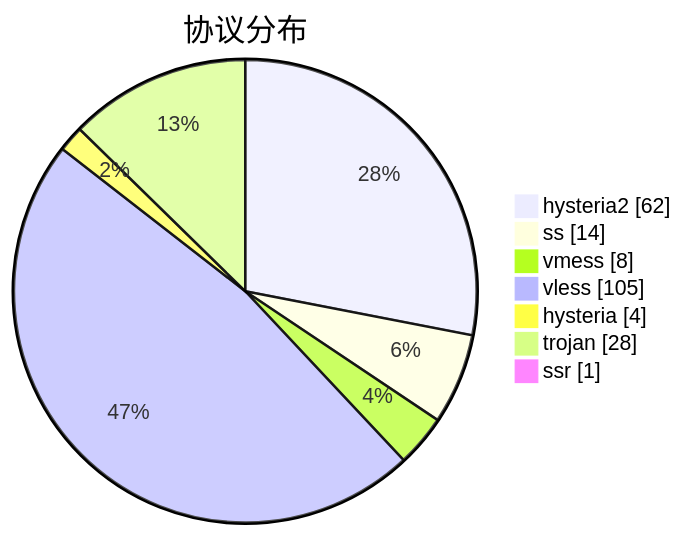
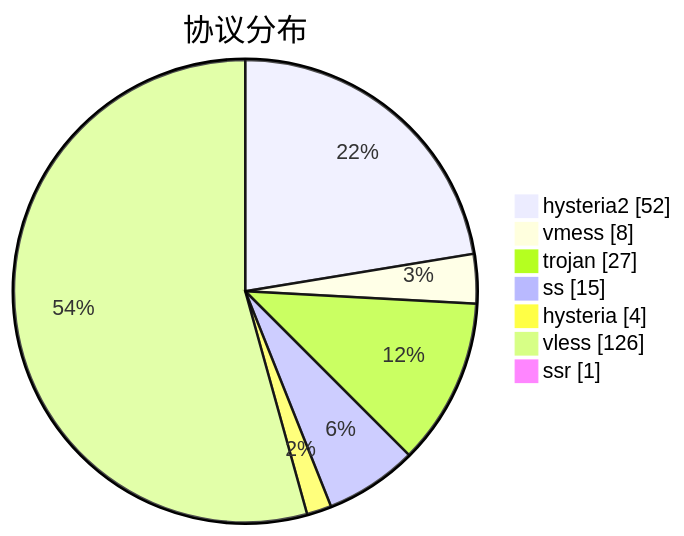
Before and after one commit to sinspired/airport: the third of 3 diagrams in subs/statistics/tested_within.md, drawn with Mermaid. The commit also changed other lines of this file and 2 other files, not shown here.

````diff
--- a/subs/statistics/tested_within.md
+++ b/subs/statistics/tested_within.md
@@ -36,11 +35,11 @@
 ```mermaid
 pie showData
 title 协议分布
-"hysteria2" : 62
-"ss" : 14
+"hysteria2" : 52
 "vmess" : 8
-"vless" : 105
+"trojan" : 27
+"ss" : 15
 "hysteria" : 4
-"trojan" : 28
+"vless" : 126
 "ssr" : 1
 ```
````
